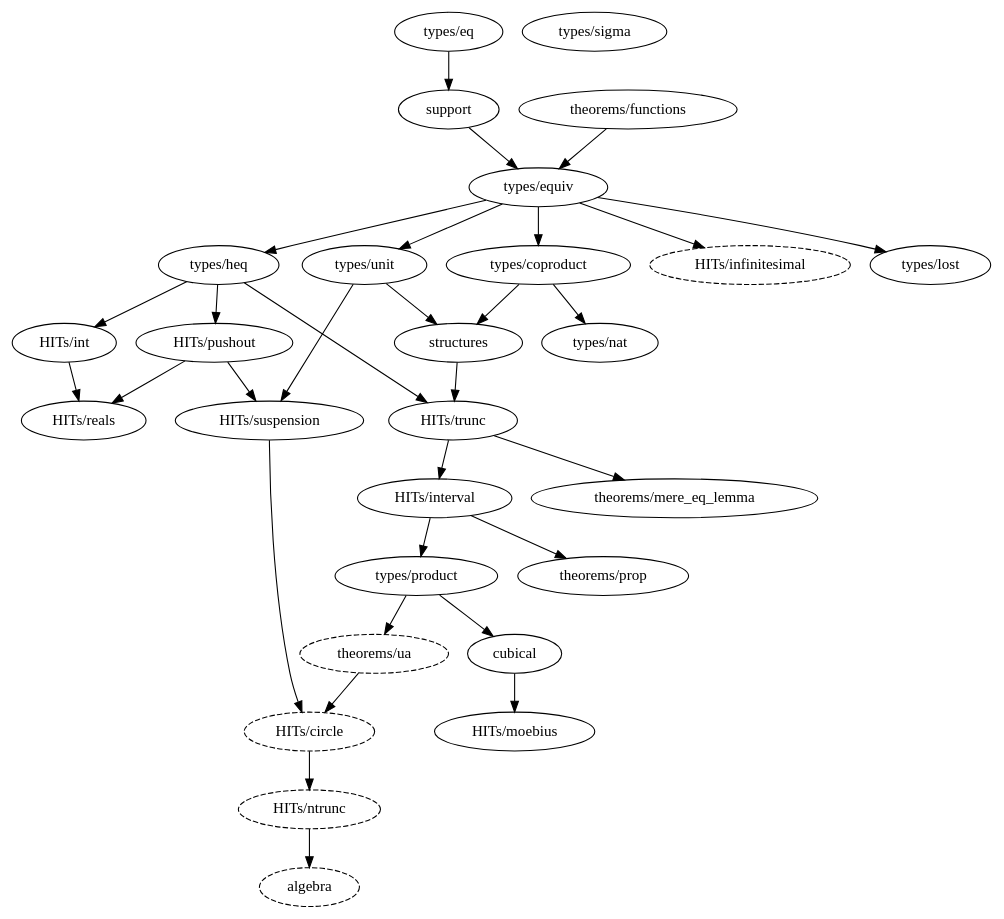
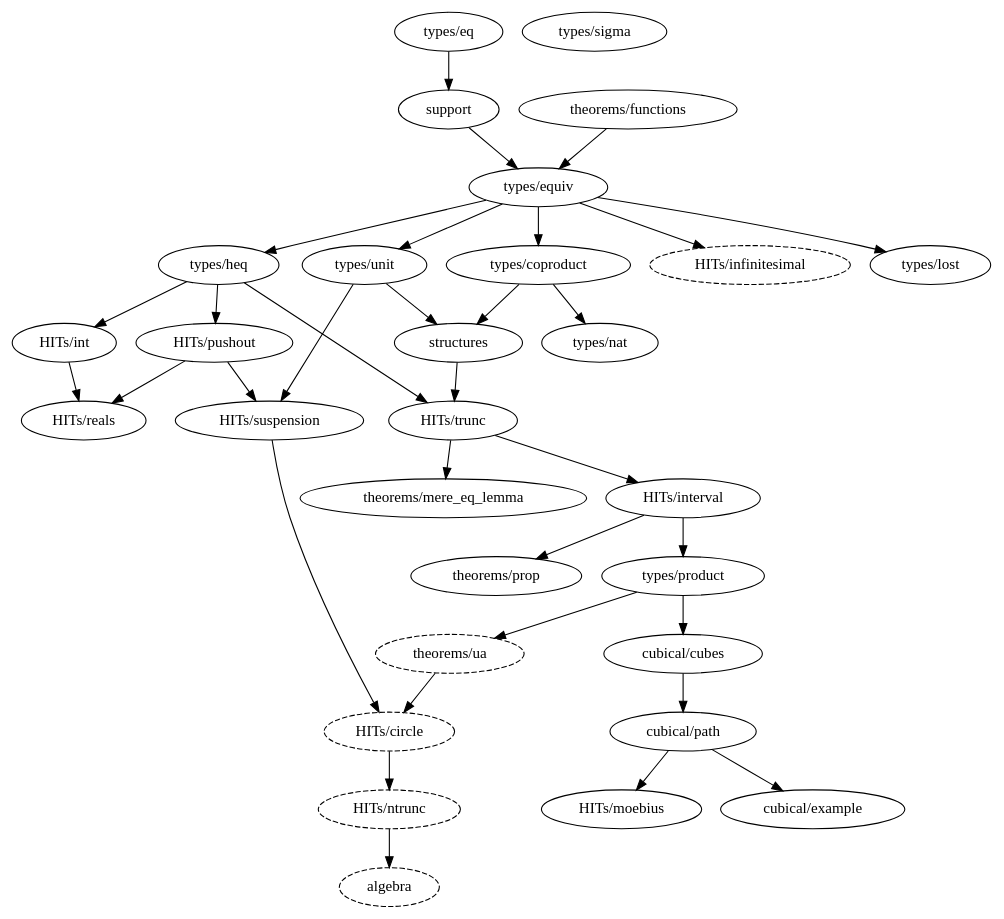
Before and after one commit to forked-from-1kasper/ground_zero: the diagram in dependency_map.gv, drawn with Graphviz. The commit also changed 7 other files, not shown here.

```diff
--- a/dependency_map.gv
+++ b/dependency_map.gv
@@ -1,62 +1,64 @@
 digraph dependency_map {
   algebra [style=dashed]
   "HITs/ntrunc" -> algebra
 
   "HITs/circle" [style=dashed]
   "HITs/suspension" -> "HITs/circle"
   "theorems/ua" -> "HITs/circle"
 
   "HITs/infinitesimal" [style=dashed]
   "types/equiv" -> "HITs/infinitesimal"
 
   "types/equiv" -> "types/coproduct"
 
-  "types/product" -> cubical
+  "types/product" -> "cubical/cubes"
+  "cubical/cubes" -> "cubical/path"
+  "cubical/path" -> "cubical/example"
 
   "types/equiv" -> "types/heq"
 
   support -> "types/equiv"
   "theorems/functions" -> "types/equiv"
 
   "types/heq" -> "HITs/int"
 
   "HITs/trunc" -> "HITs/interval"
 
-  cubical -> "HITs/moebius"
+  "cubical/path" -> "HITs/moebius"
 
   "HITs/trunc" -> "theorems/mere_eq_lemma"
 
   "HITs/ntrunc" [style=dashed]
   "HITs/circle" -> "HITs/ntrunc"
 
   "HITs/interval" -> "types/product"
 
   "HITs/interval" -> "theorems/prop"
 
   "types/heq" -> "HITs/pushout"
 
   "HITs/pushout" -> "HITs/reals"
   "HITs/int" -> "HITs/reals"
 
   "types/unit" -> structures
   "types/coproduct" -> structures
 
   "types/eq" -> support
 
   "HITs/pushout" -> "HITs/suspension"
   "types/unit" -> "HITs/suspension"
 
   structures -> "HITs/trunc"
   "types/heq" -> "HITs/trunc"
 
   "theorems/ua" [style=dashed]
   "types/product" -> "theorems/ua"
 
   "types/equiv" -> "types/unit"
 
   "types/coproduct" -> "types/nat"
 
   "types/equiv" -> "types/lost"
 
   "types/sigma"
 }
```
